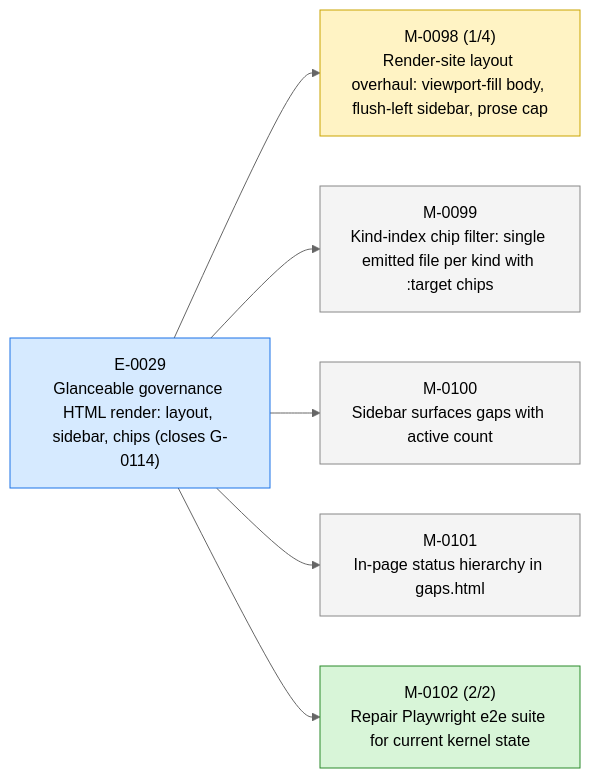
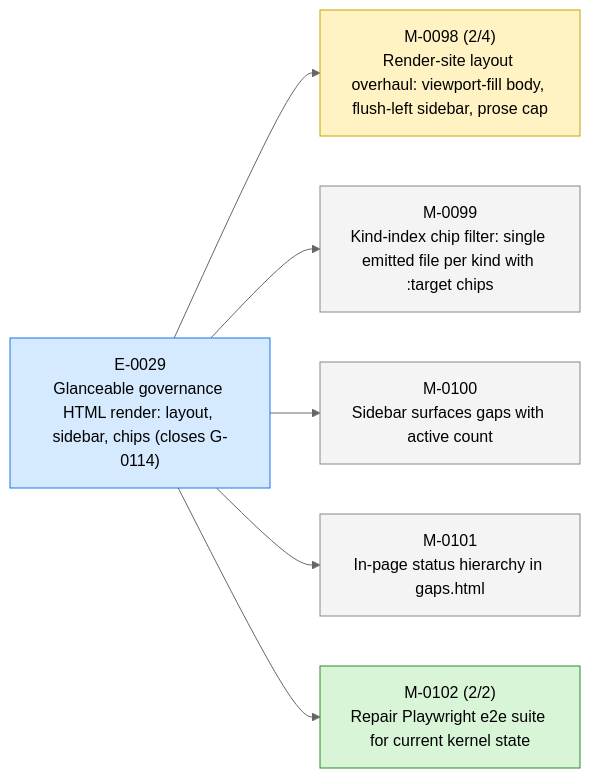
The first of 3 diagrams in STATUS.md (23min/aiwf), drawn with Mermaid (neutral theme) before and after one commit. The commit also changed other lines of this file and 1 other file, not shown here.

````diff
--- a/STATUS.md
+++ b/STATUS.md
@@ -17,20 +17,20 @@
 ```mermaid
 flowchart LR
   E_0029["E-0029<br/>Glanceable governance HTML render: layout, sidebar, chips (closes G-0114)"]:::epic_active
-  M_0098["M-0098 (1/4)<br/>Render-site layout overhaul: viewport-fill body, flush-left sidebar, prose cap"]:::ms_in_progress
+  M_0098["M-0098 (2/4)<br/>Render-site layout overhaul: viewport-fill body, flush-left sidebar, prose cap"]:::ms_in_progress
   E_0029 --> M_0098
   M_0099["M-0099<br/>Kind-index chip filter: single emitted file per kind with :target chips"]:::ms_draft
   E_0029 --> M_0099
   M_0100["M-0100<br/>Sidebar surfaces gaps with active count"]:::ms_draft
   E_0029 --> M_0100
   M_0101["M-0101<br/>In-page status hierarchy in gaps.html"]:::ms_draft
   E_0029 --> M_0101
   M_0102["M-0102 (2/2)<br/>Repair Playwright e2e suite for current kernel state"]:::ms_done
   E_0029 --> M_0102
   classDef epic_active fill:#d6eaff,stroke:#1a73e8,color:#000
   classDef epic_proposed fill:#f4f4f4,stroke:#888,color:#000
   classDef ms_done fill:#d8f5d8,stroke:#2a8a2a,color:#000
   classDef ms_in_progress fill:#fff3c4,stroke:#caa400,color:#000
   classDef ms_draft fill:#f4f4f4,stroke:#888,color:#000
   classDef ms_cancelled fill:#fbeaea,stroke:#c33,color:#000
 ```
````
